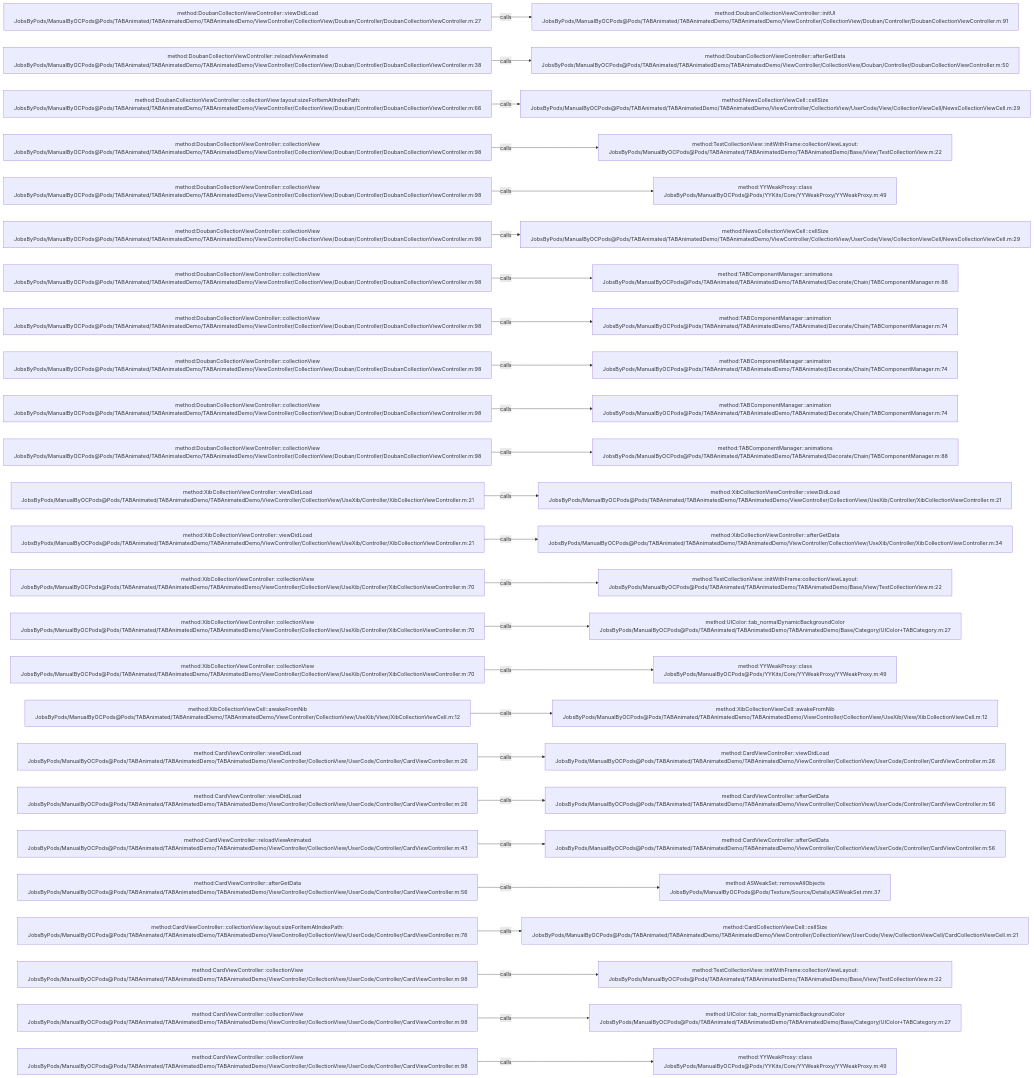
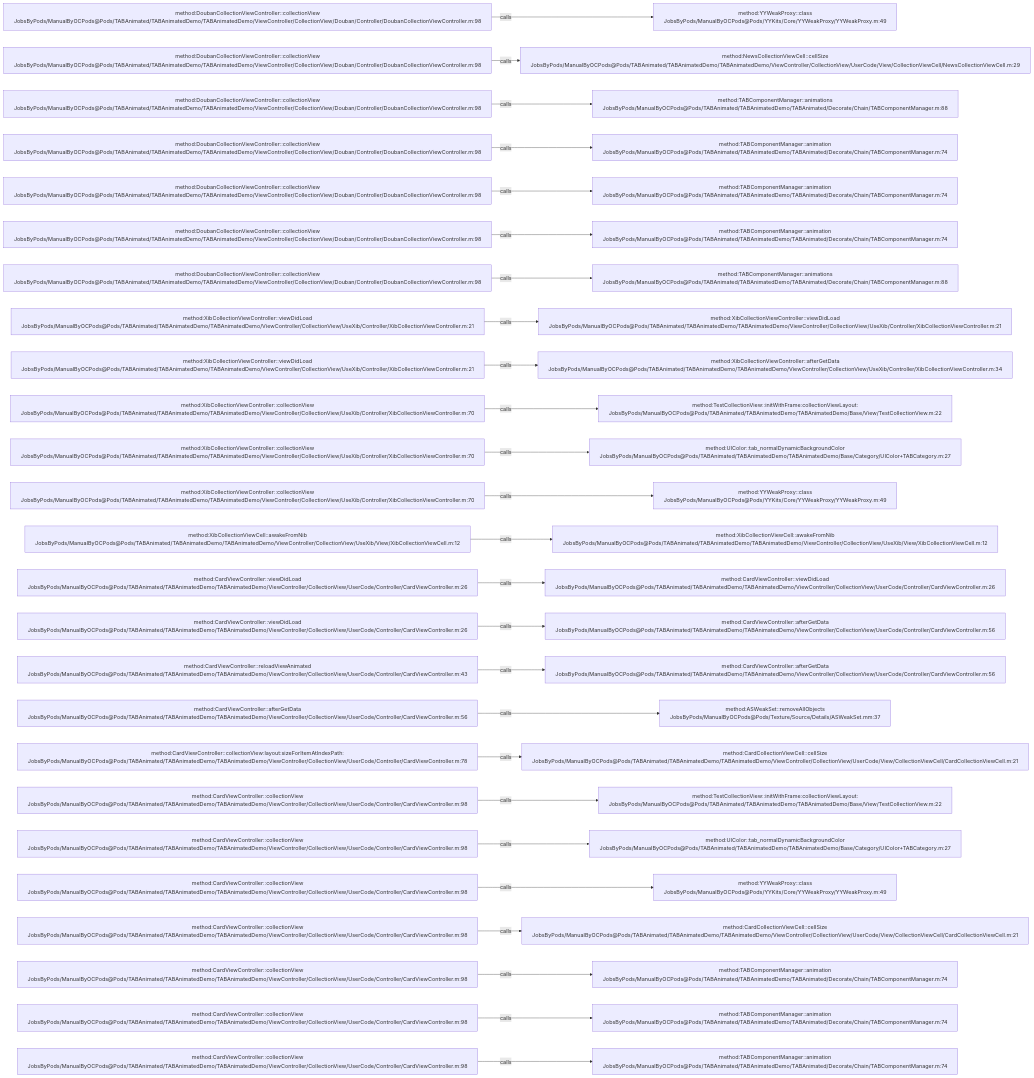
Before and after one commit to JobsKits/JobsOCBaseConfigDemo: the diagram in .codegraph/codegraph.md/graphs/calls-047.md, drawn with Mermaid. The commit also changed 727 other files, not shown here.

````diff
--- a/.codegraph/codegraph.md/graphs/calls-047.md
+++ b/.codegraph/codegraph.md/graphs/calls-047.md
@@ -13,78 +13,78 @@
 ```mermaid
 flowchart LR
-  S1["method:DoubanCollectionViewController::viewDidLoad<br/>JobsByPods/ManualByOCPods@Pods/TABAnimated/TABAnimatedDemo/TABAnimatedDemo/ViewController/CollectionView/Douban/Controller/DoubanCollectionViewController.m:27"]
-  T1["method:DoubanCollectionViewController::initUI<br/>JobsByPods/ManualByOCPods@Pods/TABAnimated/TABAnimatedDemo/TABAnimatedDemo/ViewController/CollectionView/Douban/Controller/DoubanCollectionViewController.m:91"]
+  S1["method:DoubanCollectionViewController::collectionView<br/>JobsByPods/ManualByOCPods@Pods/TABAnimated/TABAnimatedDemo/TABAnimatedDemo/ViewController/CollectionView/Douban/Controller/DoubanCollectionViewController.m:98"]
+  T1["method:YYWeakProxy::class<br/>JobsByPods/ManualByOCPods@Pods/YYKits/Core/YYWeakProxy/YYWeakProxy.m:49"]
   S1 -->|calls| T1
-  S2["method:DoubanCollectionViewController::reloadViewAnimated<br/>JobsByPods/ManualByOCPods@Pods/TABAnimated/TABAnimatedDemo/TABAnimatedDemo/ViewController/CollectionView/Douban/Controller/DoubanCollectionViewController.m:38"]
-  T2["method:DoubanCollectionViewController::afterGetData<br/>JobsByPods/ManualByOCPods@Pods/TABAnimated/TABAnimatedDemo/TABAnimatedDemo/ViewController/CollectionView/Douban/Controller/DoubanCollectionViewController.m:50"]
+  S2["method:DoubanCollectionViewController::collectionView<br/>JobsByPods/ManualByOCPods@Pods/TABAnimated/TABAnimatedDemo/TABAnimatedDemo/ViewController/CollectionView/Douban/Controller/DoubanCollectionViewController.m:98"]
+  T2["method:NewsCollectionViewCell::cellSize<br/>JobsByPods/ManualByOCPods@Pods/TABAnimated/TABAnimatedDemo/TABAnimatedDemo/ViewController/CollectionView/UserCode/View/CollectionViewCell/NewsCollectionViewCell.m:29"]
   S2 -->|calls| T2
-  S3["method:DoubanCollectionViewController::collectionView:layout:sizeForItemAtIndexPath:<br/>JobsByPods/ManualByOCPods@Pods/TABAnimated/TABAnimatedDemo/TABAnimatedDemo/ViewController/CollectionView/Douban/Controller/DoubanCollectionViewController.m:66"]
-  T3["method:NewsCollectionViewCell::cellSize<br/>JobsByPods/ManualByOCPods@Pods/TABAnimated/TABAnimatedDemo/TABAnimatedDemo/ViewController/CollectionView/UserCode/View/CollectionViewCell/NewsCollectionViewCell.m:29"]
+  S3["method:DoubanCollectionViewController::collectionView<br/>JobsByPods/ManualByOCPods@Pods/TABAnimated/TABAnimatedDemo/TABAnimatedDemo/ViewController/CollectionView/Douban/Controller/DoubanCollectionViewController.m:98"]
+  T3["method:TABComponentManager::animations<br/>JobsByPods/ManualByOCPods@Pods/TABAnimated/TABAnimatedDemo/TABAnimated/Decorate/Chain/TABComponentManager.m:88"]
   S3 -->|calls| T3
   S4["method:DoubanCollectionViewController::collectionView<br/>JobsByPods/ManualByOCPods@Pods/TABAnimated/TABAnimatedDemo/TABAnimatedDemo/ViewController/CollectionView/Douban/Controller/DoubanCollectionViewController.m:98"]
-  T4["method:TestCollectionView::initWithFrame:collectionViewLayout:<br/>JobsByPods/ManualByOCPods@Pods/TABAnimated/TABAnimatedDemo/TABAnimatedDemo/Base/View/TestCollectionView.m:22"]
+  T4["method:TABComponentManager::animation<br/>JobsByPods/ManualByOCPods@Pods/TABAnimated/TABAnimatedDemo/TABAnimated/Decorate/Chain/TABComponentManager.m:74"]
   S4 -->|calls| T4
   S5["method:DoubanCollectionViewController::collectionView<br/>JobsByPods/ManualByOCPods@Pods/TABAnimated/TABAnimatedDemo/TABAnimatedDemo/ViewController/CollectionView/Douban/Controller/DoubanCollectionViewController.m:98"]
-  T5["method:YYWeakProxy::class<br/>JobsByPods/ManualByOCPods@Pods/YYKits/Core/YYWeakProxy/YYWeakProxy.m:49"]
+  T5["method:TABComponentManager::animation<br/>JobsByPods/ManualByOCPods@Pods/TABAnimated/TABAnimatedDemo/TABAnimated/Decorate/Chain/TABComponentManager.m:74"]
   S5 -->|calls| T5
   S6["method:DoubanCollectionViewController::collectionView<br/>JobsByPods/ManualByOCPods@Pods/TABAnimated/TABAnimatedDemo/TABAnimatedDemo/ViewController/CollectionView/Douban/Controller/DoubanCollectionViewController.m:98"]
-  T6["method:NewsCollectionViewCell::cellSize<br/>JobsByPods/ManualByOCPods@Pods/TABAnimated/TABAnimatedDemo/TABAnimatedDemo/ViewController/CollectionView/UserCode/View/CollectionViewCell/NewsCollectionViewCell.m:29"]
+  T6["method:TABComponentManager::animation<br/>JobsByPods/ManualByOCPods@Pods/TABAnimated/TABAnimatedDemo/TABAnimated/Decorate/Chain/TABComponentManager.m:74"]
   S6 -->|calls| T6
   S7["method:DoubanCollectionViewController::collectionView<br/>JobsByPods/ManualByOCPods@Pods/TABAnimated/TABAnimatedDemo/TABAnimatedDemo/ViewController/CollectionView/Douban/Controller/DoubanCollectionViewController.m:98"]
   T7["method:TABComponentManager::animations<br/>JobsByPods/ManualByOCPods@Pods/TABAnimated/TABAnimatedDemo/TABAnimated/Decorate/Chain/TABComponentManager.m:88"]
   S7 -->|calls| T7
-  S8["method:DoubanCollectionViewController::collectionView<br/>JobsByPods/ManualByOCPods@Pods/TABAnimated/TABAnimatedDemo/TABAnimatedDemo/ViewController/CollectionView/Douban/Controller/DoubanCollectionViewController.m:98"]
-  T8["method:TABComponentManager::animation<br/>JobsByPods/ManualByOCPods@Pods/TABAnimated/TABAnimatedDemo/TABAnimated/Decorate/Chain/TABComponentManager.m:74"]
+  S8["method:XibCollectionViewController::viewDidLoad<br/>JobsByPods/ManualByOCPods@Pods/TABAnimated/TABAnimatedDemo/TABAnimatedDemo/ViewController/CollectionView/UseXib/Controller/XibCollectionViewController.m:21"]
+  T8["method:XibCollectionViewController::viewDidLoad<br/>JobsByPods/ManualByOCPods@Pods/TABAnimated/TABAnimatedDemo/TABAnimatedDemo/ViewController/CollectionView/UseXib/Controller/XibCollectionViewController.m:21"]
   S8 -->|calls| T8
-  S9["method:DoubanCollectionViewController::collectionView<br/>JobsByPods/ManualByOCPods@Pods/TABAnimated/TABAnimatedDemo/TABAnimatedDemo/ViewController/CollectionView/Douban/Controller/DoubanCollectionViewController.m:98"]
-  T9["method:TABComponentManager::animation<br/>JobsByPods/ManualByOCPods@Pods/TABAnimated/TABAnimatedDemo/TABAnimated/Decorate/Chain/TABComponentManager.m:74"]
+  S9["method:XibCollectionViewController::viewDidLoad<br/>JobsByPods/ManualByOCPods@Pods/TABAnimated/TABAnimatedDemo/TABAnimatedDemo/ViewController/CollectionView/UseXib/Controller/XibCollectionViewController.m:21"]
+  T9["method:XibCollectionViewController::afterGetData<br/>JobsByPods/ManualByOCPods@Pods/TABAnimated/TABAnimatedDemo/TABAnimatedDemo/ViewController/CollectionView/UseXib/Controller/XibCollectionViewController.m:34"]
   S9 -->|calls| T9
-  S10["method:DoubanCollectionViewController::collectionView<br/>JobsByPods/ManualByOCPods@Pods/TABAnimated/TABAnimatedDemo/TABAnimatedDemo/ViewController/CollectionView/Douban/Controller/DoubanCollectionViewController.m:98"]
-  T10["method:TABComponentManager::animation<br/>JobsByPods/ManualByOCPods@Pods/TABAnimated/TABAnimatedDemo/TABAnimated/Decorate/Chain/TABComponentManager.m:74"]
+  S10["method:XibCollectionViewController::collectionView<br/>JobsByPods/ManualByOCPods@Pods/TABAnimated/TABAnimatedDemo/TABAnimatedDemo/ViewController/CollectionView/UseXib/Controller/XibCollectionViewController.m:70"]
+  T10["method:TestCollectionView::initWithFrame:collectionViewLayout:<br/>JobsByPods/ManualByOCPods@Pods/TABAnimated/TABAnimatedDemo/TABAnimatedDemo/Base/View/TestCollectionView.m:22"]
   S10 -->|calls| T10
-  S11["method:DoubanCollectionViewController::collectionView<br/>JobsByPods/ManualByOCPods@Pods/TABAnimated/TABAnimatedDemo/TABAnimatedDemo/ViewController/CollectionView/Douban/Controller/DoubanCollectionViewController.m:98"]
-  T11["method:TABComponentManager::animations<br/>JobsByPods/ManualByOCPods@Pods/TABAnimated/TABAnimatedDemo/TABAnimated/Decorate/Chain/TABComponentManager.m:88"]
+  S11["method:XibCollectionViewController::collectionView<br/>JobsByPods/ManualByOCPods@Pods/TABAnimated/TABAnimatedDemo/TABAnimatedDemo/ViewController/CollectionView/UseXib/Controller/XibCollectionViewController.m:70"]
+  T11["method:UIColor::tab_normalDynamicBackgroundColor<br/>JobsByPods/ManualByOCPods@Pods/TABAnimated/TABAnimatedDemo/TABAnimatedDemo/Base/Category/UIColor+TABCategory.m:27"]
   S11 -->|calls| T11
-  S12["method:XibCollectionViewController::viewDidLoad<br/>JobsByPods/ManualByOCPods@Pods/TABAnimated/TABAnimatedDemo/TABAnimatedDemo/ViewController/CollectionView/UseXib/Controller/XibCollectionViewController.m:21"]
-  T12["method:XibCollectionViewController::viewDidLoad<br/>JobsByPods/ManualByOCPods@Pods/TABAnimated/TABAnimatedDemo/TABAnimatedDemo/ViewController/CollectionView/UseXib/Controller/XibCollectionViewController.m:21"]
+  S12["method:XibCollectionViewController::collectionView<br/>JobsByPods/ManualByOCPods@Pods/TABAnimated/TABAnimatedDemo/TABAnimatedDemo/ViewController/CollectionView/UseXib/Controller/XibCollectionViewController.m:70"]
+  T12["method:YYWeakProxy::class<br/>JobsByPods/ManualByOCPods@Pods/YYKits/Core/YYWeakProxy/YYWeakProxy.m:49"]
   S12 -->|calls| T12
-  S13["method:XibCollectionViewController::viewDidLoad<br/>JobsByPods/ManualByOCPods@Pods/TABAnimated/TABAnimatedDemo/TABAnimatedDemo/ViewController/CollectionView/UseXib/Controller/XibCollectionViewController.m:21"]
-  T13["method:XibCollectionViewController::afterGetData<br/>JobsByPods/ManualByOCPods@Pods/TABAnimated/TABAnimatedDemo/TABAnimatedDemo/ViewController/CollectionView/UseXib/Controller/XibCollectionViewController.m:34"]
+  S13["method:XibCollectionViewCell::awakeFromNib<br/>JobsByPods/ManualByOCPods@Pods/TABAnimated/TABAnimatedDemo/TABAnimatedDemo/ViewController/CollectionView/UseXib/View/XibCollectionViewCell.m:12"]
+  T13["method:XibCollectionViewCell::awakeFromNib<br/>JobsByPods/ManualByOCPods@Pods/TABAnimated/TABAnimatedDemo/TABAnimatedDemo/ViewController/CollectionView/UseXib/View/XibCollectionViewCell.m:12"]
   S13 -->|calls| T13
-  S14["method:XibCollectionViewController::collectionView<br/>JobsByPods/ManualByOCPods@Pods/TABAnimated/TABAnimatedDemo/TABAnimatedDemo/ViewController/CollectionView/UseXib/Controller/XibCollectionViewController.m:70"]
-  T14["method:TestCollectionView::initWithFrame:collectionViewLayout:<br/>JobsByPods/ManualByOCPods@Pods/TABAnimated/TABAnimatedDemo/TABAnimatedDemo/Base/View/TestCollectionView.m:22"]
+  S14["method:CardViewController::viewDidLoad<br/>JobsByPods/ManualByOCPods@Pods/TABAnimated/TABAnimatedDemo/TABAnimatedDemo/ViewController/CollectionView/UserCode/Controller/CardViewController.m:26"]
+  T14["method:CardViewController::viewDidLoad<br/>JobsByPods/ManualByOCPods@Pods/TABAnimated/TABAnimatedDemo/TABAnimatedDemo/ViewController/CollectionView/UserCode/Controller/CardViewController.m:26"]
   S14 -->|calls| T14
-  S15["method:XibCollectionViewController::collectionView<br/>JobsByPods/ManualByOCPods@Pods/TABAnimated/TABAnimatedDemo/TABAnimatedDemo/ViewController/CollectionView/UseXib/Controller/XibCollectionViewController.m:70"]
-  T15["method:UIColor::tab_normalDynamicBackgroundColor<br/>JobsByPods/ManualByOCPods@Pods/TABAnimated/TABAnimatedDemo/TABAnimatedDemo/Base/Category/UIColor+TABCategory.m:27"]
+  S15["method:CardViewController::viewDidLoad<br/>JobsByPods/ManualByOCPods@Pods/TABAnimated/TABAnimatedDemo/TABAnimatedDemo/ViewController/CollectionView/UserCode/Controller/CardViewController.m:26"]
+  T15["method:CardViewController::afterGetData<br/>JobsByPods/ManualByOCPods@Pods/TABAnimated/TABAnimatedDemo/TABAnimatedDemo/ViewController/CollectionView/UserCode/Controller/CardViewController.m:56"]
   S15 -->|calls| T15
-  S16["method:XibCollectionViewController::collectionView<br/>JobsByPods/ManualByOCPods@Pods/TABAnimated/TABAnimatedDemo/TABAnimatedDemo/ViewController/CollectionView/UseXib/Controller/XibCollectionViewController.m:70"]
-  T16["method:YYWeakProxy::class<br/>JobsByPods/ManualByOCPods@Pods/YYKits/Core/YYWeakProxy/YYWeakProxy.m:49"]
+  S16["method:CardViewController::reloadViewAnimated<br/>JobsByPods/ManualByOCPods@Pods/TABAnimated/TABAnimatedDemo/TABAnimatedDemo/ViewController/CollectionView/UserCode/Controller/CardViewController.m:43"]
+  T16["method:CardViewController::afterGetData<br/>JobsByPods/ManualByOCPods@Pods/TABAnimated/TABAnimatedDemo/TABAnimatedDemo/ViewController/CollectionView/UserCode/Controller/CardViewController.m:56"]
   S16 -->|calls| T16
-  S17["method:XibCollectionViewCell::awakeFromNib<br/>JobsByPods/ManualByOCPods@Pods/TABAnimated/TABAnimatedDemo/TABAnimatedDemo/ViewController/CollectionView/UseXib/View/XibCollectionViewCell.m:12"]
-  T17["method:XibCollectionViewCell::awakeFromNib<br/>JobsByPods/ManualByOCPods@Pods/TABAnimated/TABAnimatedDemo/TABAnimatedDemo/ViewController/CollectionView/UseXib/View/XibCollectionViewCell.m:12"]
+  S17["method:CardViewController::afterGetData<br/>JobsByPods/ManualByOCPods@Pods/TABAnimated/TABAnimatedDemo/TABAnimatedDemo/ViewController/CollectionView/UserCode/Controller/CardViewController.m:56"]
+  T17["method:ASWeakSet::removeAllObjects<br/>JobsByPods/ManualByOCPods@Pods/Texture/Source/Details/ASWeakSet.mm:37"]
   S17 -->|calls| T17
-  S18["method:CardViewController::viewDidLoad<br/>JobsByPods/ManualByOCPods@Pods/TABAnimated/TABAnimatedDemo/TABAnimatedDemo/ViewController/CollectionView/UserCode/Controller/CardViewController.m:26"]
-  T18["method:CardViewController::viewDidLoad<br/>JobsByPods/ManualByOCPods@Pods/TABAnimated/TABAnimatedDemo/TABAnimatedDemo/ViewController/CollectionView/UserCode/Controller/CardViewController.m:26"]
+  S18["method:CardViewController::collectionView:layout:sizeForItemAtIndexPath:<br/>JobsByPods/ManualByOCPods@Pods/TABAnimated/TABAnimatedDemo/TABAnimatedDemo/ViewController/CollectionView/UserCode/Controller/CardViewController.m:78"]
+  T18["method:CardCollectionViewCell::cellSize<br/>JobsByPods/ManualByOCPods@Pods/TABAnimated/TABAnimatedDemo/TABAnimatedDemo/ViewController/CollectionView/UserCode/View/CollectionViewCell/CardCollectionViewCell.m:21"]
   S18 -->|calls| T18
-  S19["method:CardViewController::viewDidLoad<br/>JobsByPods/ManualByOCPods@Pods/TABAnimated/TABAnimatedDemo/TABAnimatedDemo/ViewController/CollectionView/UserCode/Controller/CardViewController.m:26"]
-  T19["method:CardViewController::afterGetData<br/>JobsByPods/ManualByOCPods@Pods/TABAnimated/TABAnimatedDemo/TABAnimatedDemo/ViewController/CollectionView/UserCode/Controller/CardViewController.m:56"]
+  S19["method:CardViewController::collectionView<br/>JobsByPods/ManualByOCPods@Pods/TABAnimated/TABAnimatedDemo/TABAnimatedDemo/ViewController/CollectionView/UserCode/Controller/CardViewController.m:98"]
+  T19["method:TestCollectionView::initWithFrame:collectionViewLayout:<br/>JobsByPods/ManualByOCPods@Pods/TABAnimated/TABAnimatedDemo/TABAnimatedDemo/Base/View/TestCollectionView.m:22"]
   S19 -->|calls| T19
-  S20["method:CardViewController::reloadViewAnimated<br/>JobsByPods/ManualByOCPods@Pods/TABAnimated/TABAnimatedDemo/TABAnimatedDemo/ViewController/CollectionView/UserCode/Controller/CardViewController.m:43"]
-  T20["method:CardViewController::afterGetData<br/>JobsByPods/ManualByOCPods@Pods/TABAnimated/TABAnimatedDemo/TABAnimatedDemo/ViewController/CollectionView/UserCode/Controller/CardViewController.m:56"]
+  S20["method:CardViewController::collectionView<br/>JobsByPods/ManualByOCPods@Pods/TABAnimated/TABAnimatedDemo/TABAnimatedDemo/ViewController/CollectionView/UserCode/Controller/CardViewController.m:98"]
+  T20["method:UIColor::tab_normalDynamicBackgroundColor<br/>JobsByPods/ManualByOCPods@Pods/TABAnimated/TABAnimatedDemo/TABAnimatedDemo/Base/Category/UIColor+TABCategory.m:27"]
   S20 -->|calls| T20
-  S21["method:CardViewController::afterGetData<br/>JobsByPods/ManualByOCPods@Pods/TABAnimated/TABAnimatedDemo/TABAnimatedDemo/ViewController/CollectionView/UserCode/Controller/CardViewController.m:56"]
-  T21["method:ASWeakSet::removeAllObjects<br/>JobsByPods/ManualByOCPods@Pods/Texture/Source/Details/ASWeakSet.mm:37"]
+  S21["method:CardViewController::collectionView<br/>JobsByPods/ManualByOCPods@Pods/TABAnimated/TABAnimatedDemo/TABAnimatedDemo/ViewController/CollectionView/UserCode/Controller/CardViewController.m:98"]
+  T21["method:YYWeakProxy::class<br/>JobsByPods/ManualByOCPods@Pods/YYKits/Core/YYWeakProxy/YYWeakProxy.m:49"]
   S21 -->|calls| T21
-  S22["method:CardViewController::collectionView:layout:sizeForItemAtIndexPath:<br/>JobsByPods/ManualByOCPods@Pods/TABAnimated/TABAnimatedDemo/TABAnimatedDemo/ViewController/CollectionView/UserCode/Controller/CardViewController.m:78"]
+  S22["method:CardViewController::collectionView<br/>JobsByPods/ManualByOCPods@Pods/TABAnimated/TABAnimatedDemo/TABAnimatedDemo/ViewController/CollectionView/UserCode/Controller/CardViewController.m:98"]
   T22["method:CardCollectionViewCell::cellSize<br/>JobsByPods/ManualByOCPods@Pods/TABAnimated/TABAnimatedDemo/TABAnimatedDemo/ViewController/CollectionView/UserCode/View/CollectionViewCell/CardCollectionViewCell.m:21"]
   S22 -->|calls| T22
   S23["method:CardViewController::collectionView<br/>JobsByPods/ManualByOCPods@Pods/TABAnimated/TABAnimatedDemo/TABAnimatedDemo/ViewController/CollectionView/UserCode/Controller/CardViewController.m:98"]
-  T23["method:TestCollectionView::initWithFrame:collectionViewLayout:<br/>JobsByPods/ManualByOCPods@Pods/TABAnimated/TABAnimatedDemo/TABAnimatedDemo/Base/View/TestCollectionView.m:22"]
+  T23["method:TABComponentManager::animation<br/>JobsByPods/ManualByOCPods@Pods/TABAnimated/TABAnimatedDemo/TABAnimated/Decorate/Chain/TABComponentManager.m:74"]
   S23 -->|calls| T23
   S24["method:CardViewController::collectionView<br/>JobsByPods/ManualByOCPods@Pods/TABAnimated/TABAnimatedDemo/TABAnimatedDemo/ViewController/CollectionView/UserCode/Controller/CardViewController.m:98"]
-  T24["method:UIColor::tab_normalDynamicBackgroundColor<br/>JobsByPods/ManualByOCPods@Pods/TABAnimated/TABAnimatedDemo/TABAnimatedDemo/Base/Category/UIColor+TABCategory.m:27"]
+  T24["method:TABComponentManager::animation<br/>JobsByPods/ManualByOCPods@Pods/TABAnimated/TABAnimatedDemo/TABAnimated/Decorate/Chain/TABComponentManager.m:74"]
   S24 -->|calls| T24
   S25["method:CardViewController::collectionView<br/>JobsByPods/ManualByOCPods@Pods/TABAnimated/TABAnimatedDemo/TABAnimatedDemo/ViewController/CollectionView/UserCode/Controller/CardViewController.m:98"]
-  T25["method:YYWeakProxy::class<br/>JobsByPods/ManualByOCPods@Pods/YYKits/Core/YYWeakProxy/YYWeakProxy.m:49"]
+  T25["method:TABComponentManager::animation<br/>JobsByPods/ManualByOCPods@Pods/TABAnimated/TABAnimatedDemo/TABAnimated/Decorate/Chain/TABComponentManager.m:74"]
   S25 -->|calls| T25
 ```
````
